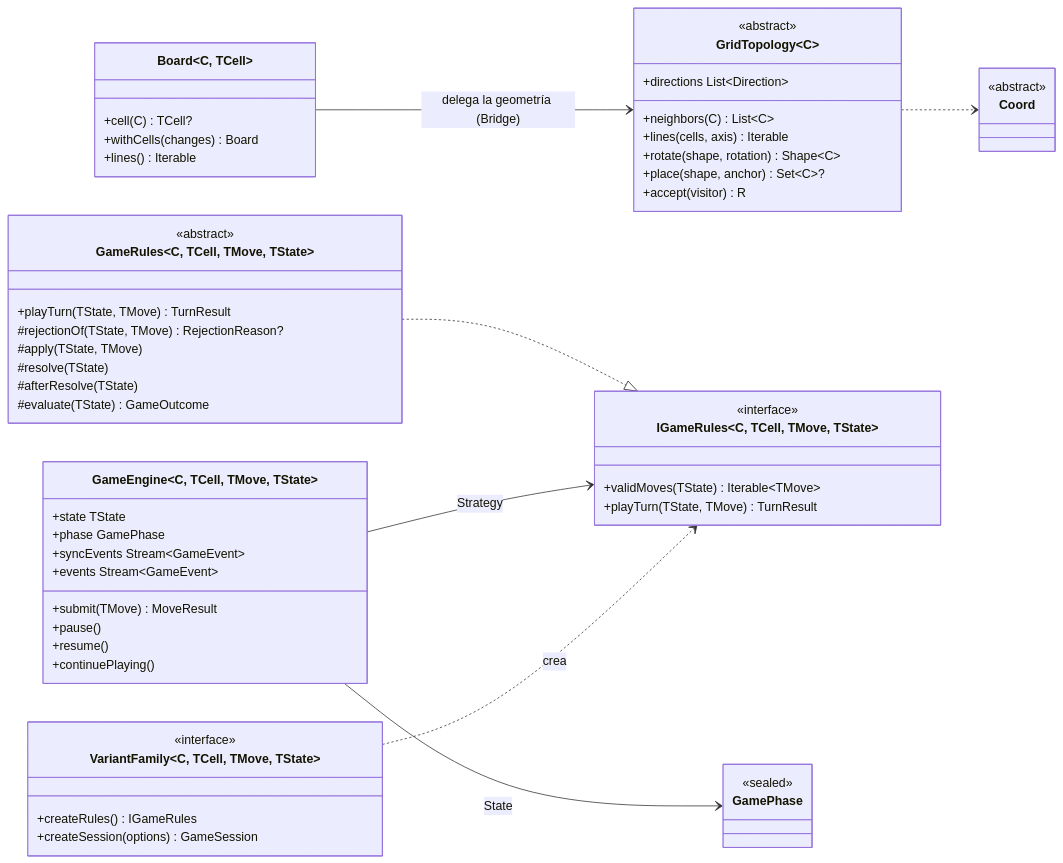
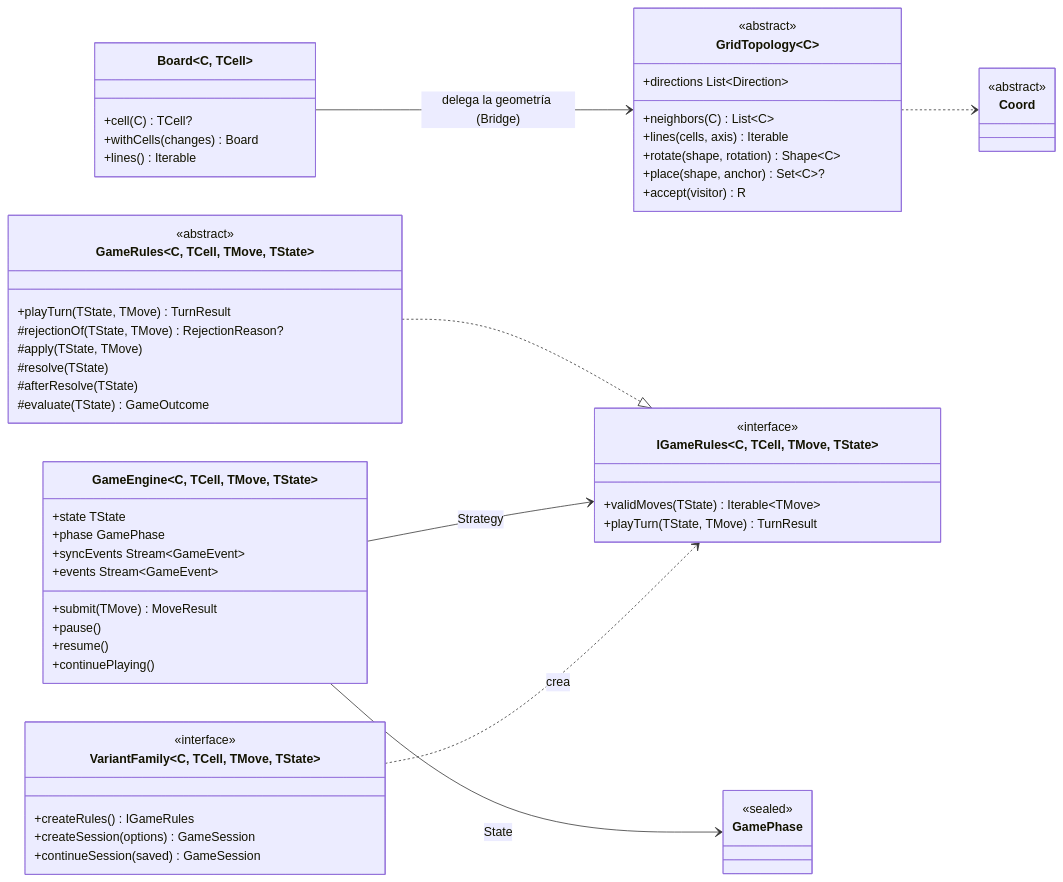
The first of 2 diagrams in docs/architecture/ARQ-02-MOTOR.md (DanielHaro28/hexablock-app), drawn with Mermaid before and after one commit. The commit also changed other lines of this file and 24 other files, not shown here.

First line of the commit message:
feat(engine): continue a saved game paused and snapshot the session (#107)

````diff
--- a/docs/architecture/ARQ-02-MOTOR.md
+++ b/docs/architecture/ARQ-02-MOTOR.md
@@ -59,59 +59,60 @@
 ```mermaid
 classDiagram
     direction LR
     class Coord {
       <<abstract>>
     }
     class GridTopology~C~ {
       <<abstract>>
       +neighbors(C) List~C~
       +lines(cells, axis) Iterable
       +directions List~Direction~
       +rotate(shape, rotation) Shape~C~
       +place(shape, anchor) Set~C~?
       +accept(visitor) R
     }
     class Board~C, TCell~ {
       +cell(C) TCell?
       +withCells(changes) Board
       +lines() Iterable
     }
     class IGameRules~C, TCell, TMove, TState~ {
       <<interface>>
       +validMoves(TState) Iterable~TMove~
       +playTurn(TState, TMove) TurnResult
     }
     class GameRules~C, TCell, TMove, TState~ {
       <<abstract>>
       +playTurn(TState, TMove) TurnResult
       #rejectionOf(TState, TMove) RejectionReason?
       #apply(TState, TMove)
       #resolve(TState)
       #afterResolve(TState)
       #evaluate(TState) GameOutcome
     }
     class GameEngine~C, TCell, TMove, TState~ {
       +state TState
       +phase GamePhase
       +syncEvents Stream~GameEvent~
       +events Stream~GameEvent~
       +submit(TMove) MoveResult
       +pause()
       +resume()
       +continuePlaying()
     }
     class GamePhase {
       <<sealed>>
     }
     class VariantFamily~C, TCell, TMove, TState~ {
       <<interface>>
       +createRules() IGameRules
       +createSession(options) GameSession
+      +continueSession(saved) GameSession
     }
     Board --> GridTopology : delega la geometría (Bridge)
     GridTopology ..> Coord
     GameRules ..|> IGameRules
     GameEngine --> IGameRules : Strategy
     GameEngine --> GamePhase : State
     VariantFamily ..> IGameRules : crea
 ```
````
